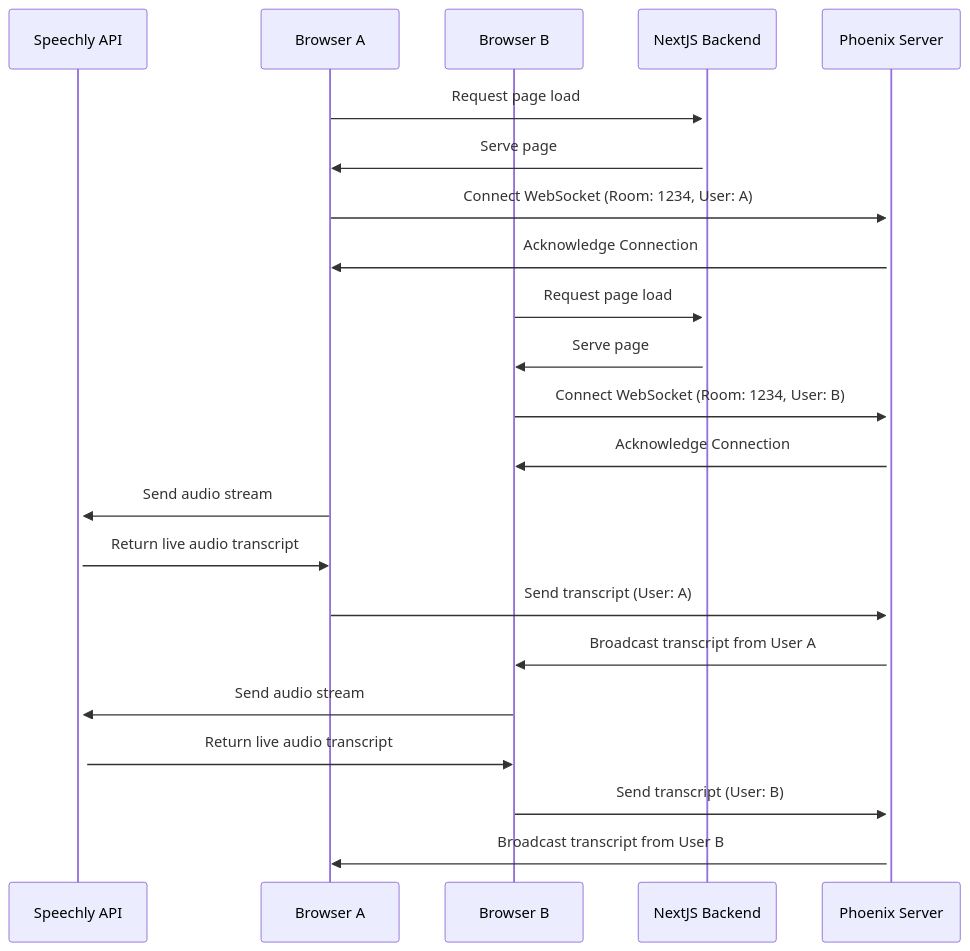
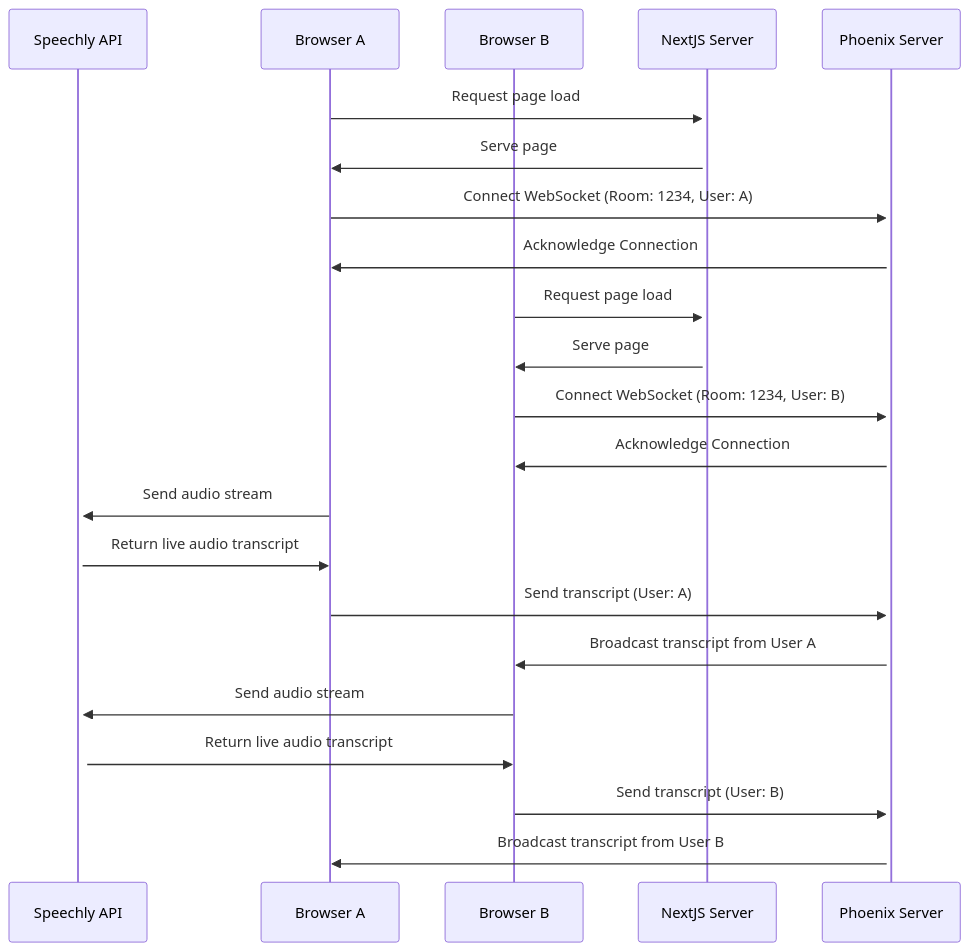
The diagram in README.md (mjftw/transcript-sandbox), drawn with Mermaid before and after one commit.

Commit message:
Mermaid diagram tweak

````diff
--- a/README.md
+++ b/README.md
@@ -13,28 +13,28 @@
 ```mermaid
 sequenceDiagram
     participant SpeechlyAPI as Speechly API
     participant BrowserA as Browser A
     participant BrowserB as Browser B
-    participant NextJSBackend as NextJS Backend
+    participant NextJSServer as NextJS Server
     participant PhoenixServer as Phoenix Server
 
-    BrowserA->>+NextJSBackend: Request page load
-    NextJSBackend->>BrowserA: Serve page
+    BrowserA->>+NextJSServer: Request page load
+    NextJSServer->>BrowserA: Serve page
     BrowserA->>+PhoenixServer: Connect WebSocket (Room: 1234, User: A)
     PhoenixServer->>BrowserA: Acknowledge Connection
 
-    BrowserB->>+NextJSBackend: Request page load
-    NextJSBackend->>BrowserB: Serve page
+    BrowserB->>+NextJSServer: Request page load
+    NextJSServer->>BrowserB: Serve page
     BrowserB->>+PhoenixServer: Connect WebSocket (Room: 1234, User: B)
     PhoenixServer->>BrowserB: Acknowledge Connection
 
     BrowserA->>+SpeechlyAPI: Send audio stream
     SpeechlyAPI->>BrowserA: Return live audio transcript
     BrowserA->>+PhoenixServer: Send transcript (User: A)
     PhoenixServer->>BrowserB: Broadcast transcript from User A
 
     BrowserB->>+SpeechlyAPI: Send audio stream
     SpeechlyAPI->>BrowserB: Return live audio transcript
     BrowserB->>+PhoenixServer: Send transcript (User: B)
     PhoenixServer->>BrowserA: Broadcast transcript from User B
 ```
````
